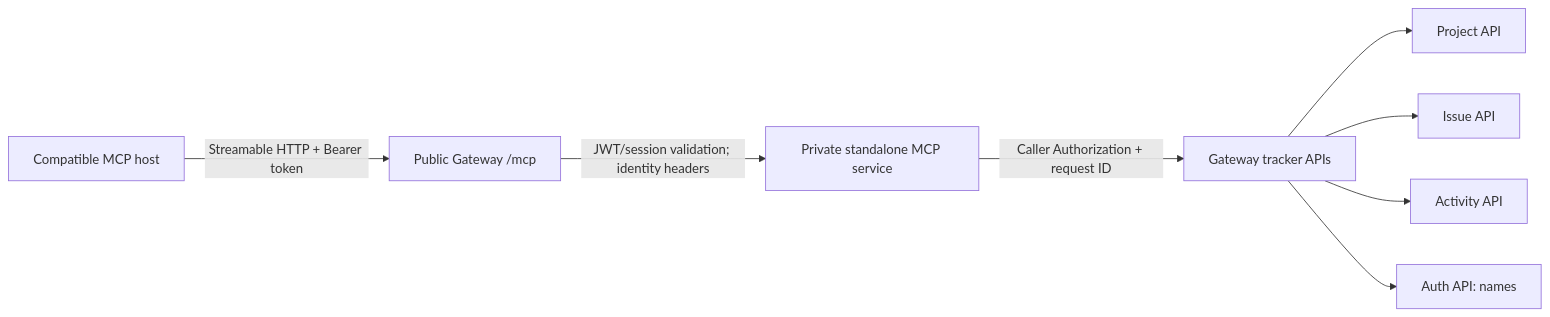
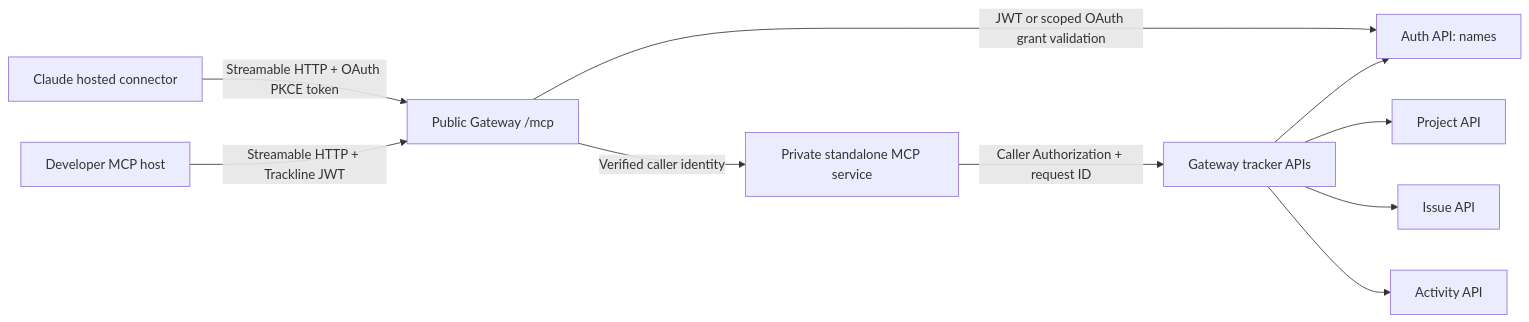
Before and after one commit to adil-mubarak/Trackline: the diagram in docs/MCP_SERVER.md, drawn with Mermaid. The commit also changed other lines of this file and 22 other files, not shown here.

First line of the commit message:
Add OAuth tests and enhance MCP service with internal secret handling (#13)

````diff
--- a/docs/MCP_SERVER.md
+++ b/docs/MCP_SERVER.md
@@ -33,10 +76,12 @@
 ```mermaid
 flowchart LR
-    HOST[Compatible MCP host] -->|Streamable HTTP + Bearer token| GW[Public Gateway /mcp]
-    GW -->|JWT/session validation; identity headers| MCP[Private standalone MCP service]
+    HOST[Claude hosted connector] -->|Streamable HTTP + OAuth PKCE token| GW[Public Gateway /mcp]
+    HOST2[Developer MCP host] -->|Streamable HTTP + Trackline JWT| GW
+    GW -->|JWT or scoped OAuth grant validation| AUTH[Auth service / auth_db]
+    GW -->|Verified caller identity| MCP[Private standalone MCP service]
     MCP -->|Caller Authorization + request ID| GWAPI[Gateway tracker APIs]
     GWAPI --> PROJECT[Project API]
     GWAPI --> ISSUE[Issue API]
     GWAPI --> ACTIVITY[Activity API]
     GWAPI --> AUTH[Auth API: names]
 ```
````
